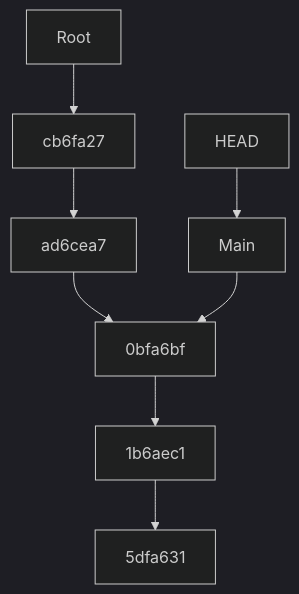
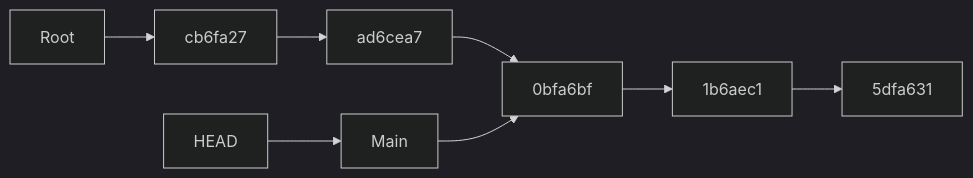
One commit to thenativeweb/temp--git changed the fourth of 5 diagrams in README.md. Above: the diagram before and after it, drawn with Mermaid (dark theme). The commit also changed other lines of this file, not shown here.

Commit message:
Fix rotation of diagrams.

````diff
--- a/README.md
+++ b/README.md
@@ -141,11 +141,11 @@
 ```mermaid
-flowchart TB
+flowchart LR
   Root
   Root --> cb6fa27
   cb6fa27 --> ad6cea7
   ad6cea7 --> 0bfa6bf
   0bfa6bf --> 1b6aec1
   1b6aec1 --> 5dfa631
   Main --> 0bfa6bf
   HEAD --> Main
 ```
````
